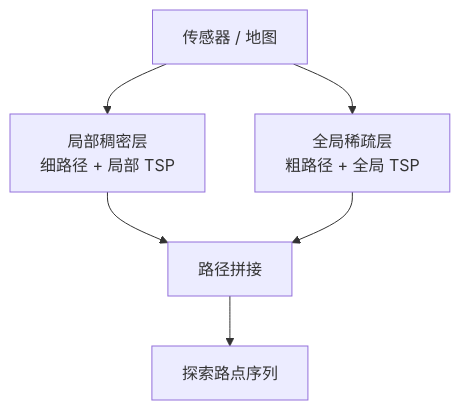
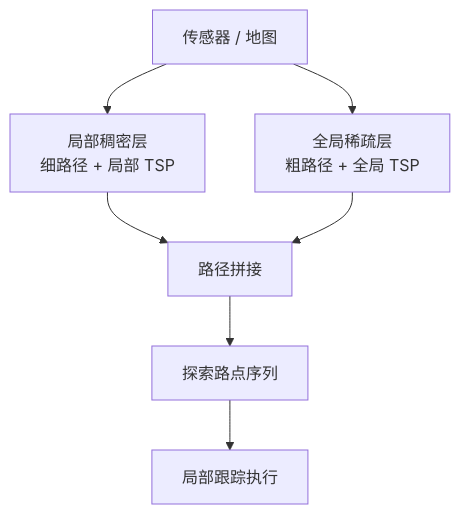
Before and after one commit to ImChong/Robotics_Notebooks: the first of 2 diagrams in wiki/entities/tare-planner.md, drawn with Mermaid. The commit also changed other lines of this file and 25 other files, not shown here.

````diff
--- a/wiki/entities/tare-planner.md
+++ b/wiki/entities/tare-planner.md
@@ -42,8 +55,9 @@
 ```mermaid
 flowchart TB
   SENSE["传感器 / 地图"] --> LOCAL["局部稠密层\n细路径 + 局部 TSP"]
   SENSE --> GLOBAL["全局稀疏层\n粗路径 + 全局 TSP"]
   LOCAL --> JOIN["路径拼接"]
   GLOBAL --> JOIN
   JOIN --> WP["探索路点序列"]
+  WP --> EXEC["局部跟踪执行"]
 ```
````
